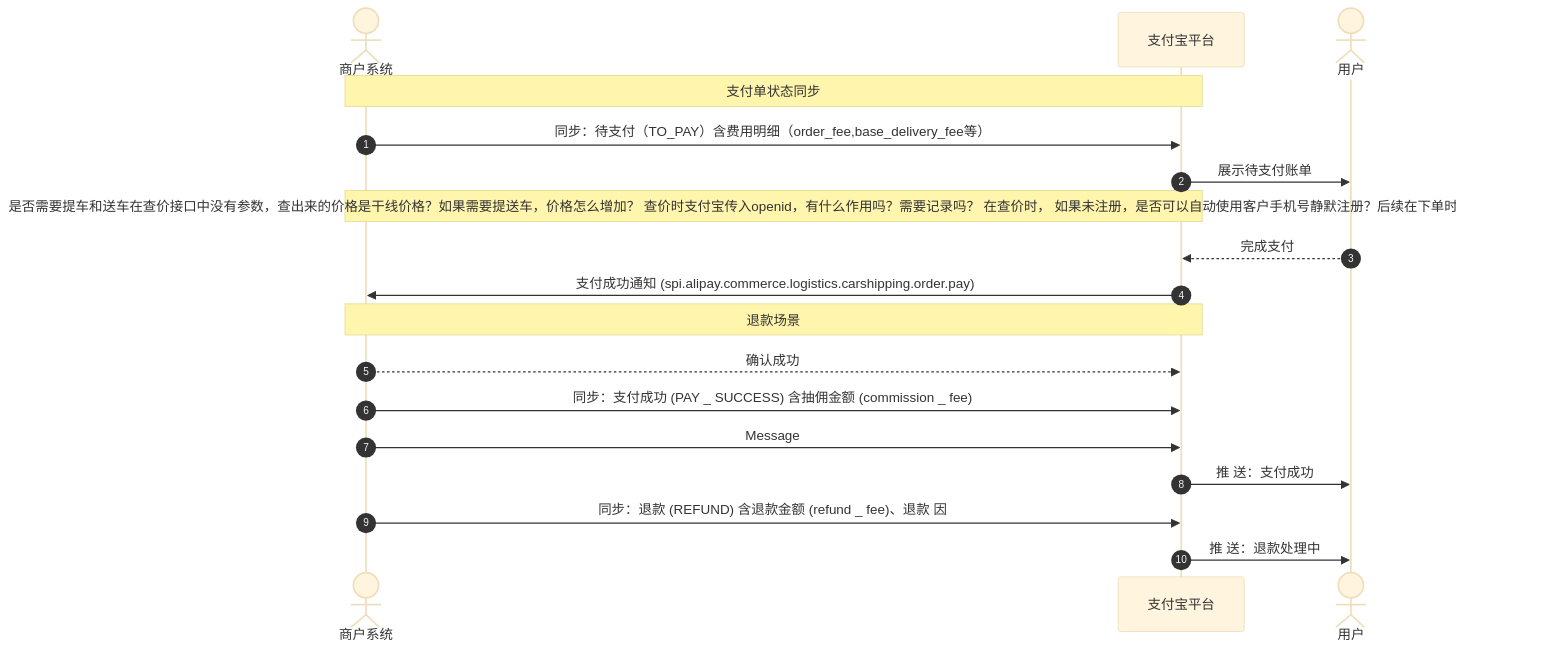
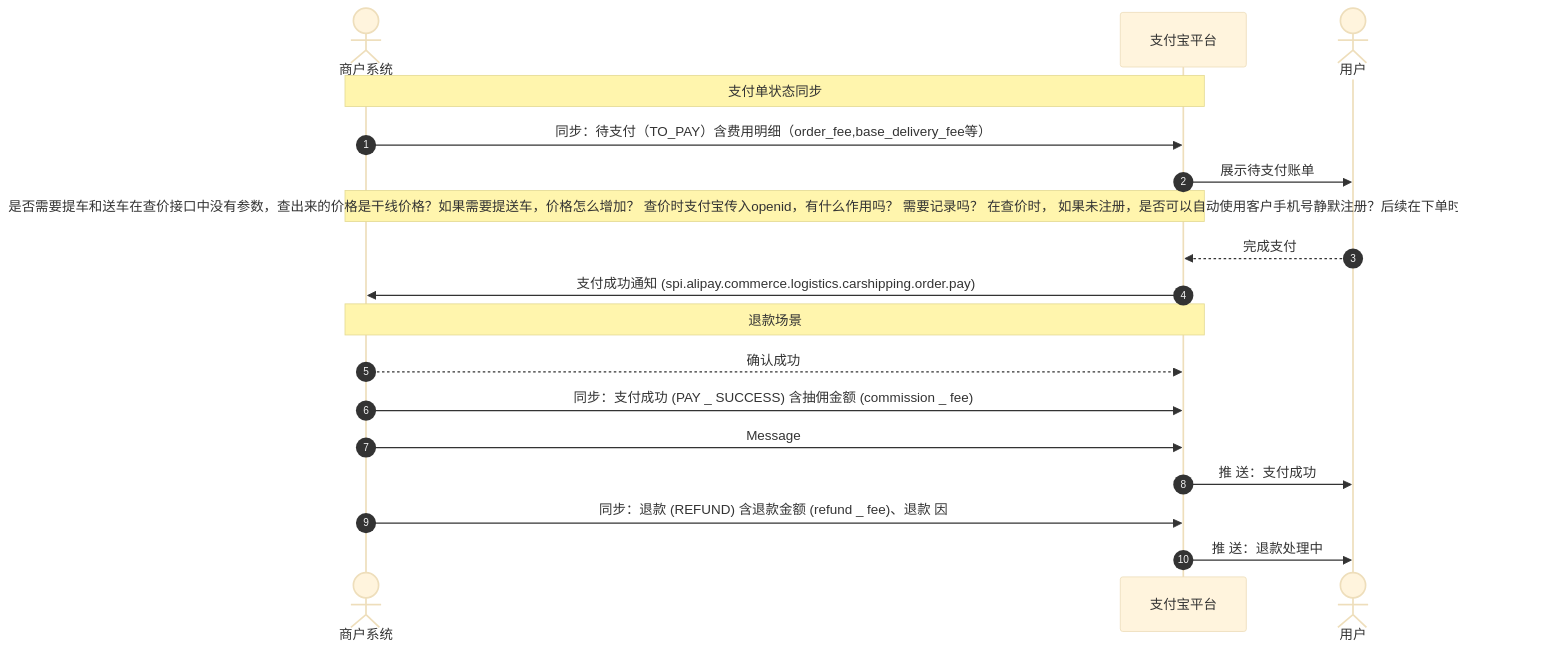
Before and after one commit to pingpm/mermaid_vault: the diagram in mmd/支付单状态同步时序_b3042cb3-08c1-43b5-b440-32d3f6443821.mmd, drawn with Mermaid (base theme). The commit also changed 2 other files, not shown here.

Commit message:
Sync Mermaid Studio data (15 diagrams)

```diff
--- a/mmd/支付单状态同步时序_b3042cb3-08c1-43b5-b440-32d3f6443821.mmd
+++ b/mmd/支付单状态同步时序_b3042cb3-08c1-43b5-b440-32d3f6443821.mmd
@@ -1,18 +1,18 @@
 sequenceDiagram
   autonumber
   actor p0 as 商户系统
   participant p1 as ⽀付宝平台
   actor p2 as 用户
   Note over p0,p1: ⽀付单状态同步
   p0->>p1: 同步：待支付（TO_PAY）含费用明细（order_fee,base_delivery_fee等）
   p1->>p2: 展示待⽀付账单
-  Note over p0,p1: 是否需要提车和送车在查价接口中没有参数，查出来的价格是干线价格？如果需要提送车，价格怎么增加？ 查价时支付宝传入openid，有什么作用吗？需要记录吗？ 在查价时， 如果未注册，是否可以自动使用客户手机号静默注册？后续在下单时就无需授权？
+  Note over p0,p1: 是否需要提车和送车在查价接口中没有参数，查出来的价格是干线价格？如果需要提送车，价格怎么增加？ 查价时支付宝传入openid，有什么作用吗？ 需要记录吗？ 在查价时， 如果未注册，是否可以自动使用客户手机号静默注册？后续在下单时就无需授权？
   p2-->>p1: 完成⽀付
   p1->>p0: ⽀付成功通知 (spi.alipay.commerce.logistics.carshipping.order.pay)
   Note over p0,p1: 退款场景
   p0-->>p1: 确认成功
   p0->>p1: 同步：⽀付成功 (PAY _ SUCCESS) 含抽佣⾦额 (commission _ fee)
   p0->>p1: Message
   p1->>p2: 推 送：⽀付成功
   p0->>p1: 同步：退款 (REFUND) 含退款⾦额 (refund _ fee)、退款 因
   p1->>p2: 推 送：退款处理中
```
